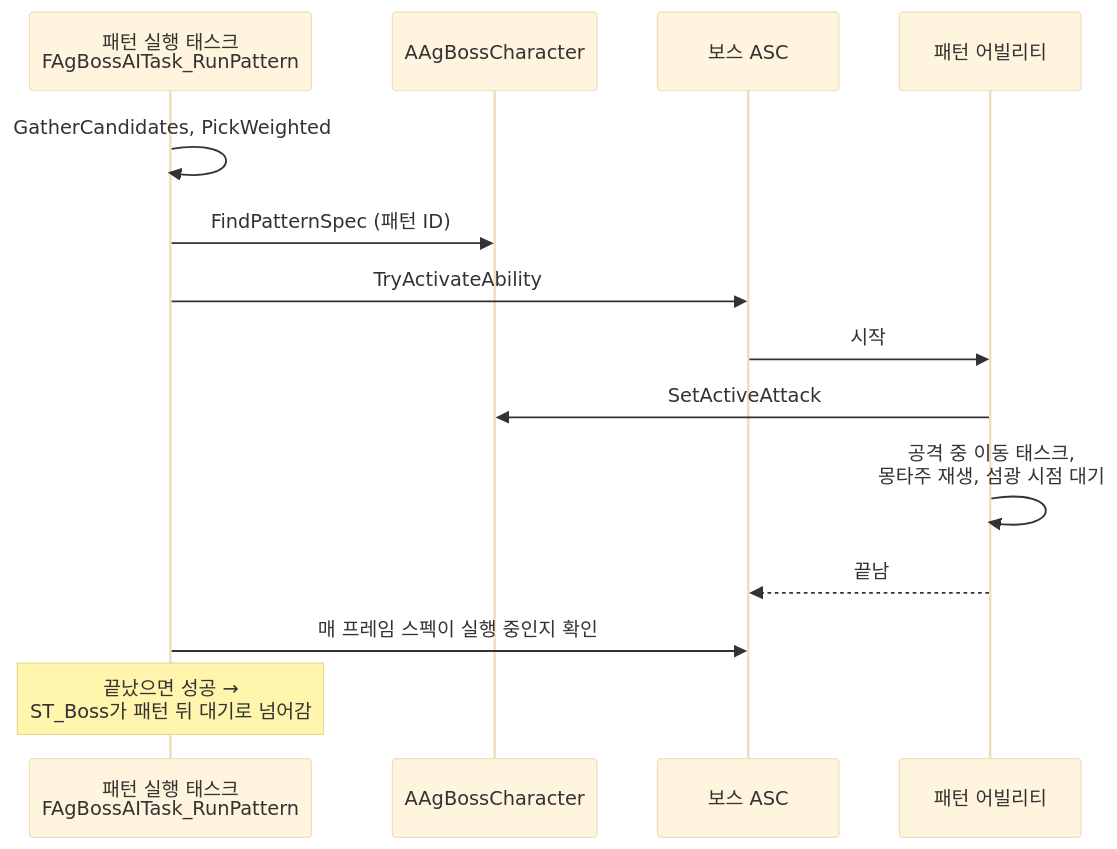
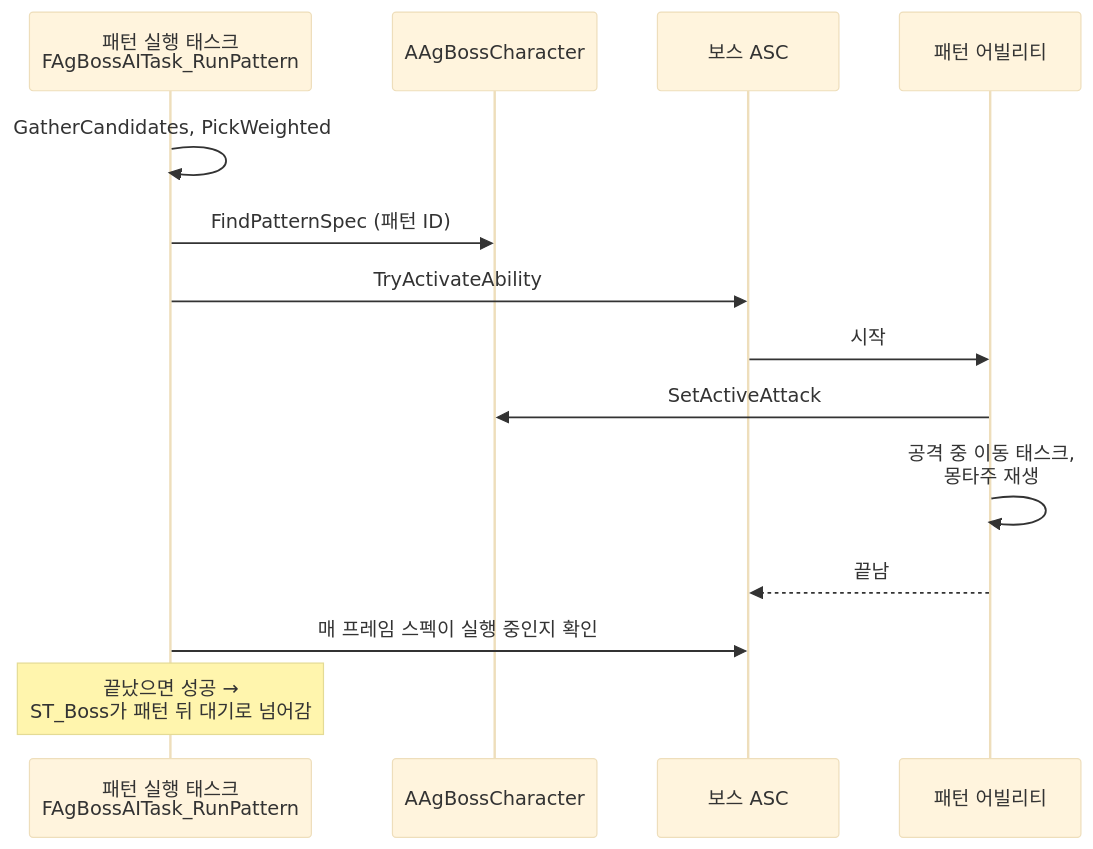
One commit to Woogl/Ag changed diagram 19 of 20 in Docs/Program/클래스 구조도.md. Above: the diagram before and after it, drawn with Mermaid (base theme). The commit also changed other lines of this file and 24 other files, not shown here.

````diff
--- a/Docs/Program/클래스 구조도.md
+++ b/Docs/Program/클래스 구조도.md
@@ -659,16 +657,16 @@
 ```mermaid
 sequenceDiagram
     participant T as 패턴 실행 태스크<br>FAgBossAITask_RunPattern
     participant B as AAgBossCharacter
     participant ASC as 보스 ASC
     participant GA as 패턴 어빌리티
     T->>T: GatherCandidates, PickWeighted
     T->>B: FindPatternSpec (패턴 ID)
     T->>ASC: TryActivateAbility
     ASC->>GA: 시작
     GA->>B: SetActiveAttack
-    GA->>GA: 공격 중 이동 태스크,<br>몽타주 재생, 섬광 시점 대기
+    GA->>GA: 공격 중 이동 태스크,<br>몽타주 재생
     GA-->>ASC: 끝남
     T->>ASC: 매 프레임 스펙이 실행 중인지 확인
     Note over T: 끝났으면 성공 →<br>ST_Boss가 패턴 뒤 대기로 넘어감
 ```
````
